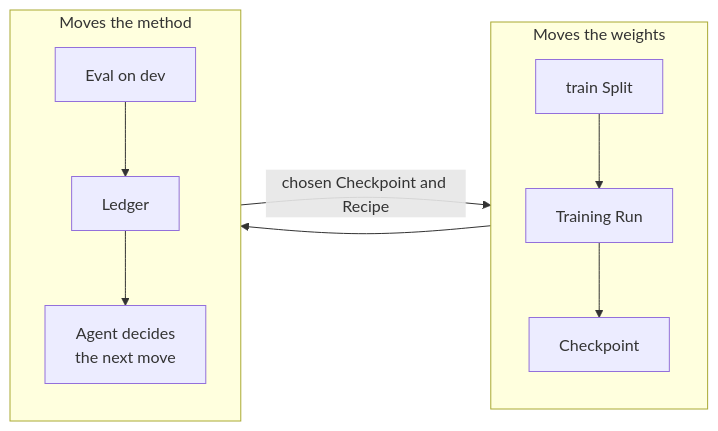
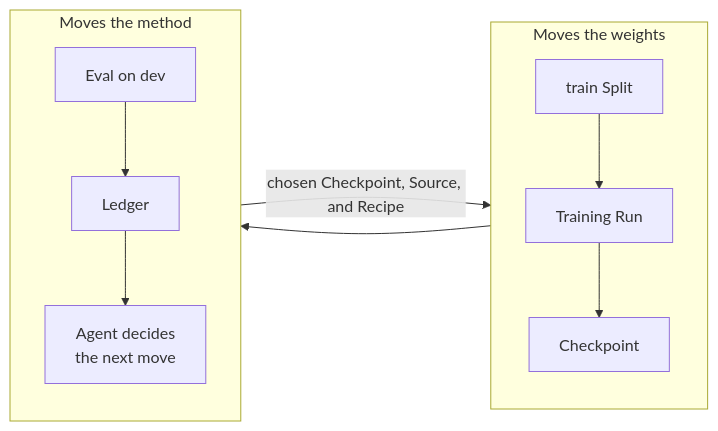
The first of 2 diagrams in concepts/improvement.mdx (Monte-Inc/internal-monte-platform-docs), drawn with Mermaid before and after one commit. The commit also changed other lines of this file and 7 other files, not shown here.

````diff
--- a/concepts/improvement.mdx
+++ b/concepts/improvement.mdx
@@ -11,13 +11,13 @@
 ```mermaid actions={false}
 flowchart LR
     subgraph INNER["Moves the weights"]
         direction TB
         TRAIN["train Split"] --> RUN["Training Run"] --> CKPT["Checkpoint"]
     end
     subgraph OUTER["Moves the method"]
         direction TB
         EVAL["Eval on dev"] --> LEDGER["Ledger"] --> AGENT["Agent decides<br/>the next move"]
     end
     CKPT --> EVAL
-    AGENT -->|"chosen Checkpoint and Recipe"| RUN
+    AGENT -->|"chosen Checkpoint, Source, and Recipe"| RUN
 ```
````
